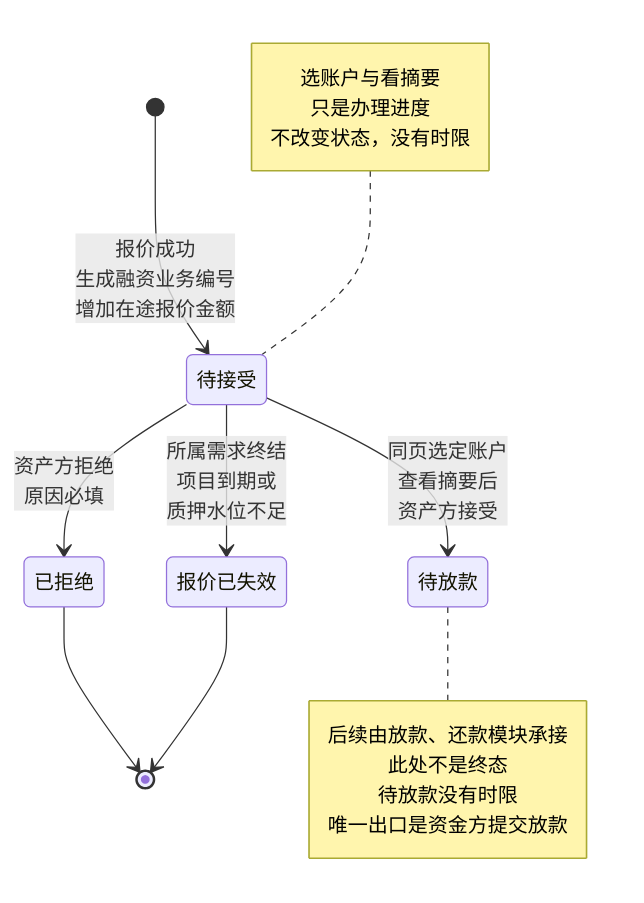
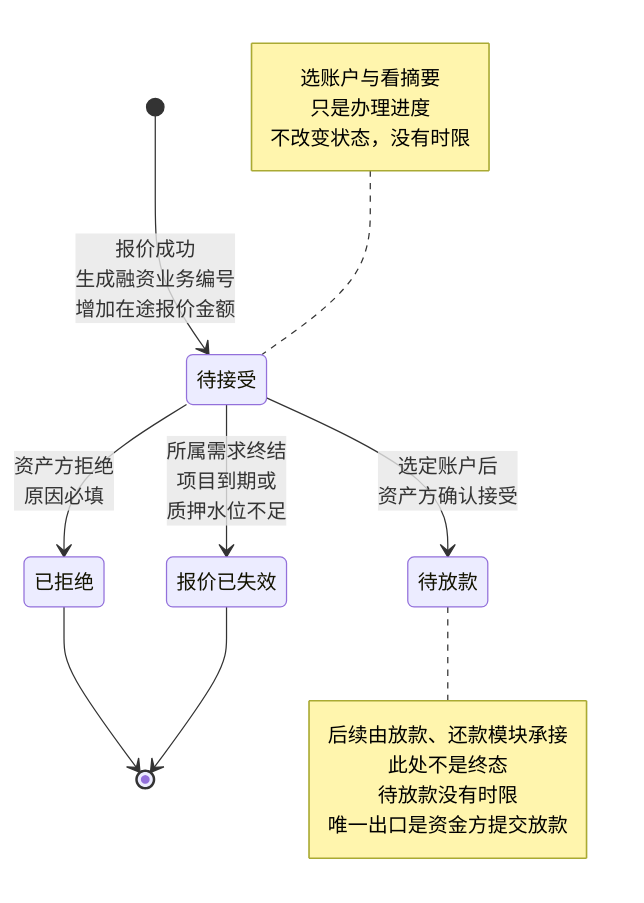
Before and after one commit to wxblockchain/Chain-Financing: the seventh of 8 diagrams in lending-platform/PRD/面客端/06-借贷广场-授信报价与接受拒绝/02-授信报价与接受拒绝-流程图与状态机.md, drawn with Mermaid. The commit also changed other lines of this file and 2 other files, not shown here.

````diff
--- a/lending-platform/PRD/面客端/06-借贷广场-授信报价与接受拒绝/02-授信报价与接受拒绝-流程图与状态机.md
+++ b/lending-platform/PRD/面客端/06-借贷广场-授信报价与接受拒绝/02-授信报价与接受拒绝-流程图与状态机.md
@@ -161,24 +161,24 @@
 ```mermaid
 stateDiagram-v2
   state "待接受" as WAIT
   state "已拒绝" as REJECTED
   state "报价已失效" as EXPIRED
   state "待放款" as FUNDING
   [*] --> WAIT: 报价成功<br/>生成融资业务编号<br/>增加在途报价金额
   WAIT --> REJECTED: 资产方拒绝<br/>原因必填
   WAIT --> EXPIRED: 所属需求终结<br/>项目到期或<br/>质押水位不足
-  WAIT --> FUNDING: 同页选定账户<br/>查看摘要后<br/>资产方接受
+  WAIT --> FUNDING: 选定账户后<br/>资产方确认接受
   REJECTED --> [*]
   EXPIRED --> [*]
   note left of WAIT
     选账户与看摘要
     只是办理进度
     不改变状态，没有时限
   end note
   note right of FUNDING
     后续由放款、还款模块承接
     此处不是终态
     待放款没有时限
     唯一出口是资金方提交放款
   end note
 ```
````
